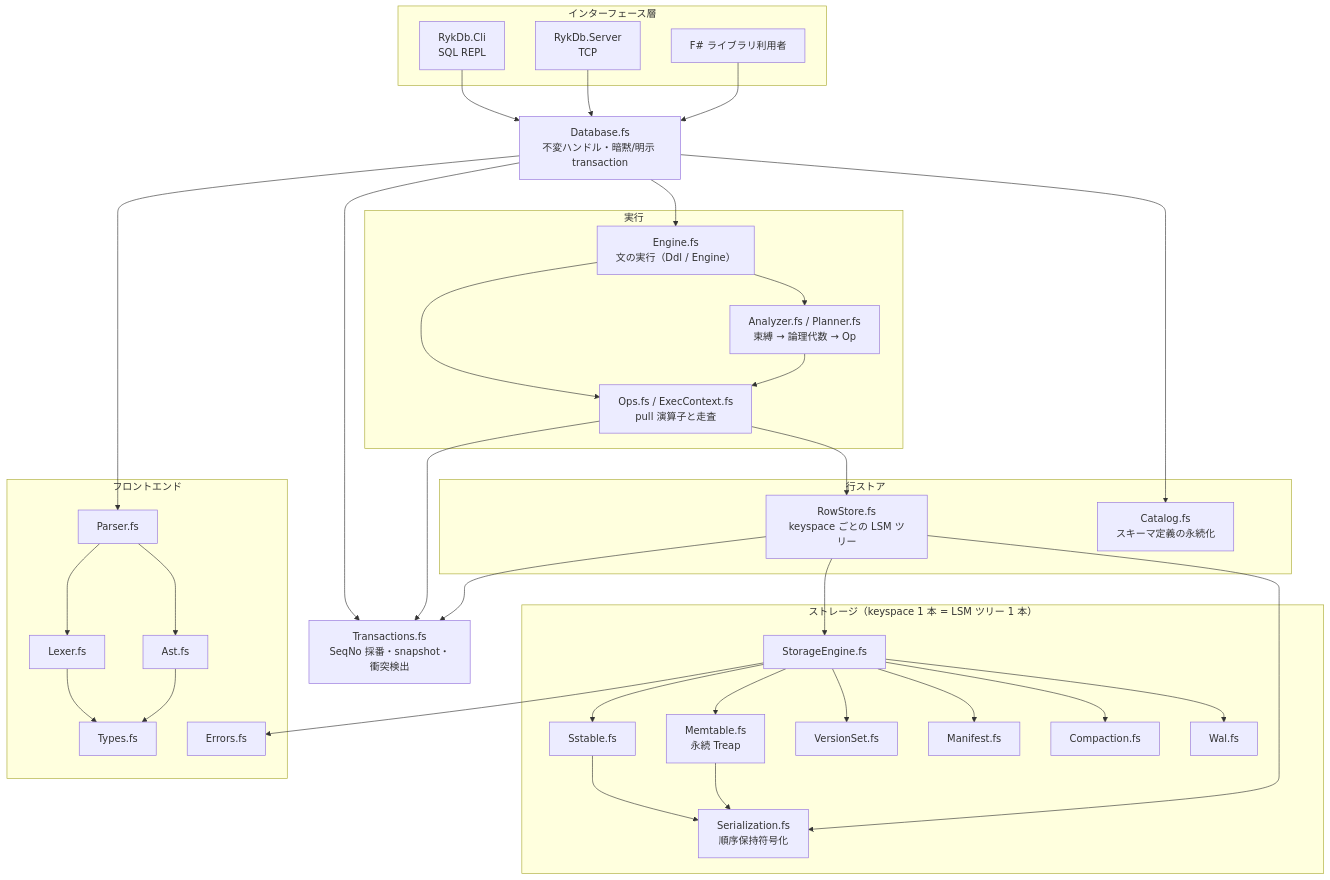
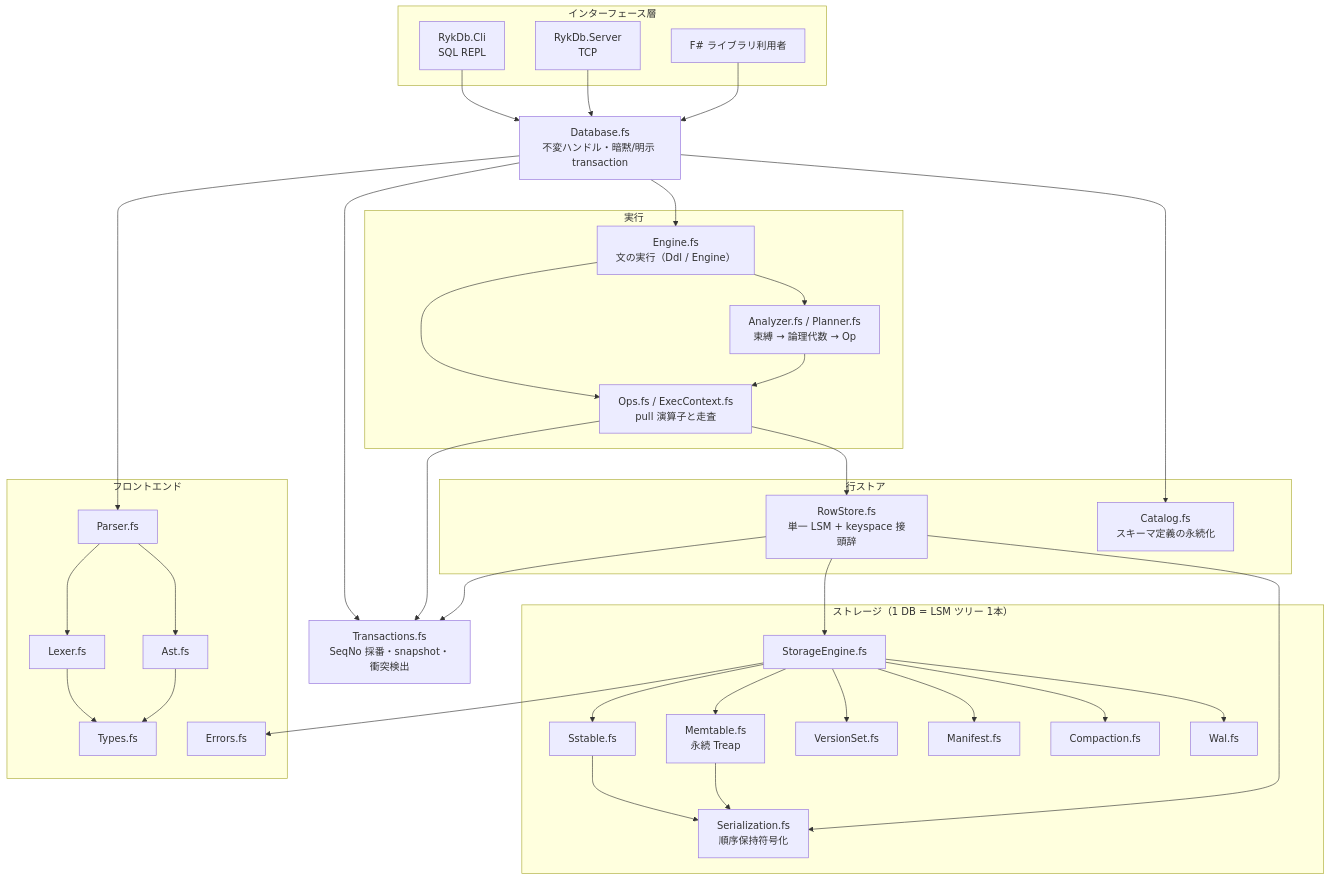
Before and after one commit to nwtks/rykdb: the first of 2 diagrams in docs/architecture.md, drawn with Mermaid. The commit also changed other lines of this file and 21 other files, not shown here.

````diff
--- a/docs/architecture.md
+++ b/docs/architecture.md
@@ -30,71 +30,71 @@
 ```mermaid
 flowchart TB
     subgraph IF["インターフェース層"]
         CLI["RykDb.Cli<br/>SQL REPL"]
         SRV["RykDb.Server<br/>TCP"]
         LIB["F# ライブラリ利用者"]
     end
 
     DB["Database.fs<br/>不変ハンドル・暗黙/明示 transaction"]
 
     subgraph EX["実行"]
         EN["Engine.fs<br/>文の実行（Ddl / Engine）"]
         PL["Analyzer.fs / Planner.fs<br/>束縛 → 論理代数 → Op"]
         OPS["Ops.fs / ExecContext.fs<br/>pull 演算子と走査"]
     end
 
     subgraph ROW["行ストア"]
-        RS["RowStore.fs<br/>keyspace ごとの LSM ツリー"]
+        RS["RowStore.fs<br/>単一 LSM + keyspace 接頭辞"]
         CAT["Catalog.fs<br/>スキーマ定義の永続化"]
     end
 
     MVCC["Transactions.fs<br/>SeqNo 採番・snapshot・衝突検出"]
 
-    subgraph ST["ストレージ（keyspace 1 本 = LSM ツリー 1 本）"]
+    subgraph ST["ストレージ（1 DB = LSM ツリー 1本）"]
         SE["StorageEngine.fs"]
         MEM["Memtable.fs<br/>永続 Treap"]
         SST["Sstable.fs"]
         VS["VersionSet.fs"]
         MF["Manifest.fs"]
         CO["Compaction.fs"]
         WAL["Wal.fs"]
         SER["Serialization.fs<br/>順序保持符号化"]
     end
 
     subgraph FE["フロントエンド"]
         P["Parser.fs"]
         L["Lexer.fs"]
         A["Ast.fs"]
         T["Types.fs"]
         E["Errors.fs"]
     end
 
     CLI --> DB
     SRV --> DB
     LIB --> DB
     DB --> EN
     DB --> CAT
     DB --> MVCC
     EN --> PL
     EN --> OPS
     PL --> OPS
     OPS --> RS
     OPS --> MVCC
     RS --> SE
     RS --> MVCC
     SE --> MEM
     SE --> SST
     SE --> VS
     SE --> MF
     SE --> CO
     SE --> WAL
     SST --> SER
     MEM --> SER
     RS --> SER
     DB --> P
     P --> L
     P --> A
     L --> T
     A --> T
     SE --> E
 ```
````
